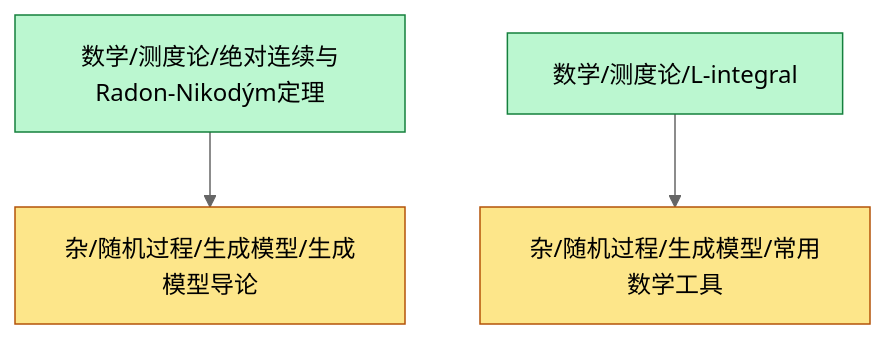
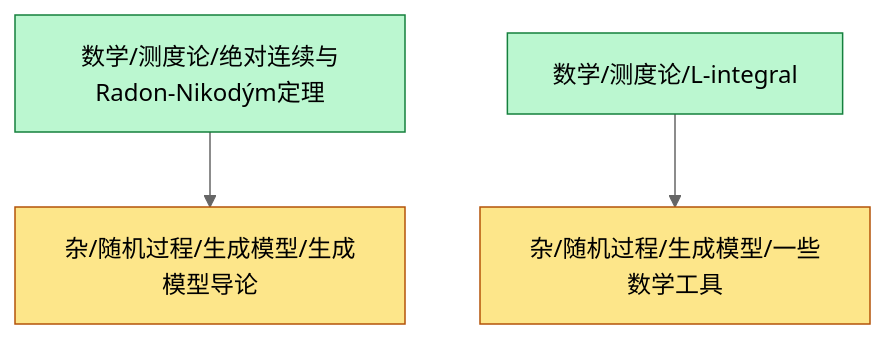
Before and after one commit to zeroDtree/zeroDtree.github.io: the diagram in content/杂/随机过程/生成模型/dependency_graph.md, drawn with Mermaid (neutral theme). The commit also changed 13 other files, not shown here.

First line of the commit message:
Add new content on Normalizing Flows and Random Estimation

````diff
--- a/content/杂/随机过程/生成模型/dependency_graph.md
+++ b/content/杂/随机过程/生成模型/dependency_graph.md
@@ -1,14 +1,14 @@
 ```mermaid
 %%{init: {'flowchart': {'curve': 'stepAfter'}}}%%
 graph TD
 1["数学/测度论/绝对连续与Radon-Nikodým定理"] --> 0["杂/随机过程/生成模型/生成模型导论"]
-3["数学/测度论/L-integral"] --> 2["杂/随机过程/生成模型/常用数学工具"]
+3["数学/测度论/L-integral"] --> 2["杂/随机过程/生成模型/一些数学工具"]
 classDef leaf fill:#fde68a,stroke:#b45309
 class 0,2 leaf
 classDef foundationRoot fill:#bbf7d0,stroke:#15803d
 class 1,3 foundationRoot
 click 0 "/杂/随机过程/生成模型/生成模型导论" "杂/随机过程/生成模型/生成模型导论"
 click 1 "/数学/测度论/绝对连续与radon-nikodým定理" "数学/测度论/绝对连续与Radon-Nikodým定理"
-click 2 "/杂/随机过程/生成模型/常用数学工具" "杂/随机过程/生成模型/常用数学工具"
+click 2 "/杂/随机过程/生成模型/一些数学工具" "杂/随机过程/生成模型/一些数学工具"
 click 3 "/数学/测度论/l-integral" "数学/测度论/L-integral"
 ```
````
